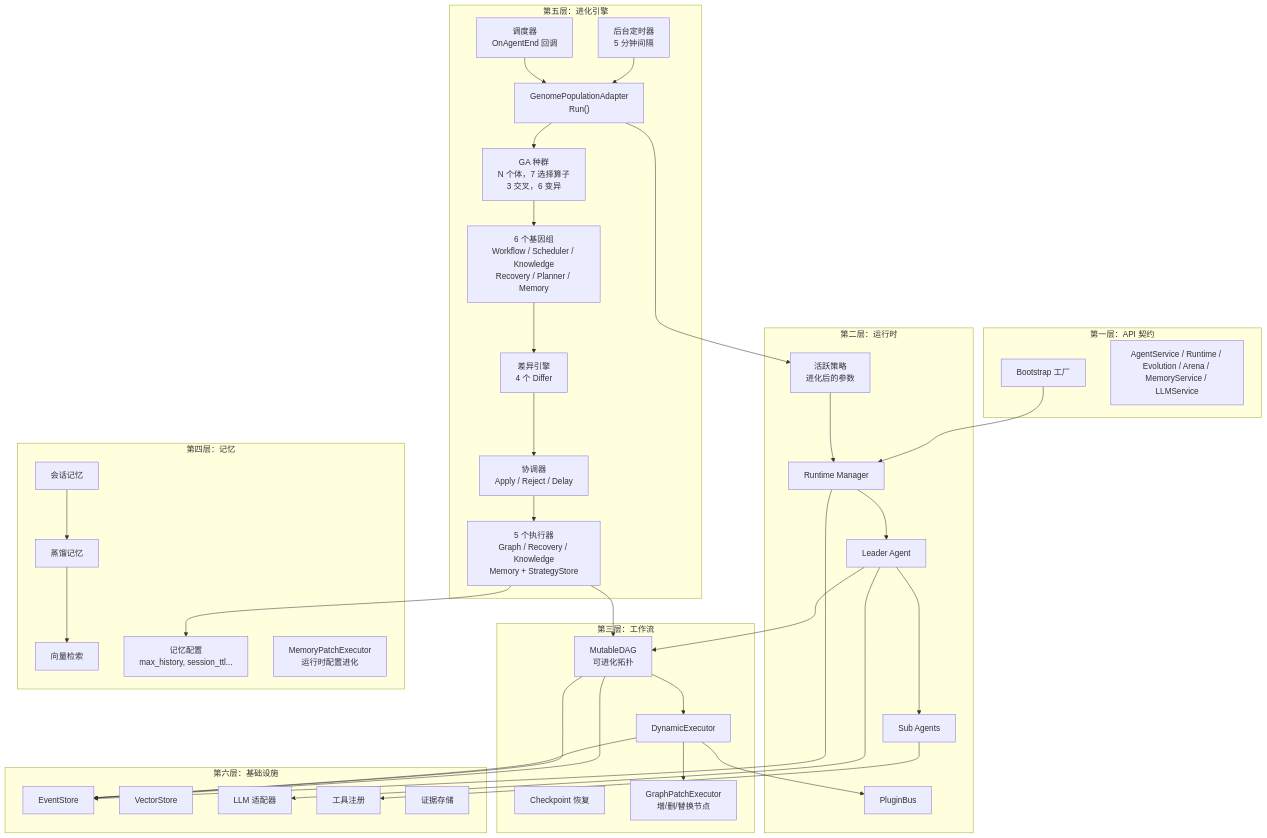
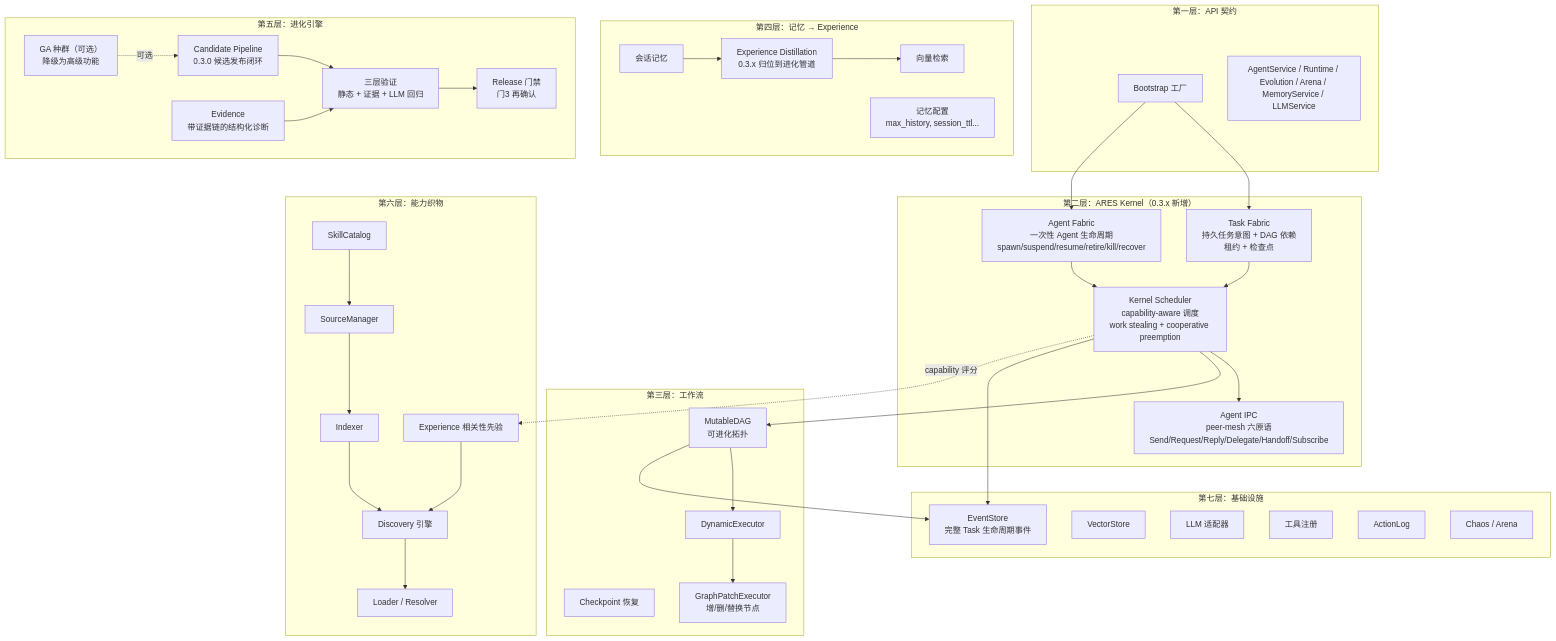
The diagram in docs/articles/zh/01-architecture-overview-deep-dive.md (Timwood0x10/ARES), drawn with Mermaid before and after one commit. The commit also changed other lines of this file and 75 other files, not shown here.

Commit message:
docs: update architecture docs for 0.3.x changes

````diff
--- a/docs/articles/zh/01-architecture-overview-deep-dive.md
+++ b/docs/articles/zh/01-architecture-overview-deep-dive.md
@@ -27,77 +27,79 @@
 ```mermaid
 graph TB
     subgraph API ["第一层：API 契约"]
         Bootstrap["Bootstrap 工厂"]
         Interfaces["AgentService / Runtime / Evolution / Arena / MemoryService / LLMService"]
     end
 
-    subgraph Runtime ["第二层：运行时"]
-        RT["Runtime Manager"]
-        Leader["Leader Agent"]
-        Sub["Sub Agents"]
-        PluginBus["PluginBus"]
-        Strategy["活跃策略<br/>进化后的参数"]
+    subgraph Kernel ["第二层：ARES Kernel（0.3.x 新增）"]
+        TaskFabric["Task Fabric<br/>持久任务意图 + DAG 依赖<br/>租约 + 检查点"]
+        AgentFabric["Agent Fabric<br/>一次性 Agent 生命周期<br/>spawn/suspend/resume/retire/kill/recover"]
+        Scheduler["Kernel Scheduler<br/>capability-aware 调度<br/>work stealing + cooperative preemption"]
+        IPC["Agent IPC<br/>peer-mesh 六原语<br/>Send/Request/Reply/Delegate/Handoff/Subscribe"]
     end
 
     subgraph Workflow ["第三层：工作流"]
         DAG["MutableDAG<br/>可进化拓扑"]
         Exec["DynamicExecutor"]
         Checkpoint["Checkpoint 恢复"]
         GraphPatch["GraphPatchExecutor<br/>增/删/替换节点"]
     end
 
-    subgraph Memory ["第四层：记忆"]
+    subgraph Memory ["第四层：记忆 → Experience"]
         Session["会话记忆"]
-        Distilled["蒸馏记忆"]
+        Distilled["Experience Distillation<br/>0.3.x 归位到进化管道"]
         Retrieval["向量检索"]
         MemConfig["记忆配置<br/>max_history, session_ttl..."]
-        MemPatch["MemoryPatchExecutor<br/>运行时配置进化"]
     end
 
     subgraph Evolution ["第五层：进化引擎"]
-        GA["GA 种群<br/>N 个体，7 选择算子<br/>3 交叉，6 变异"]
-        Tick["后台定时器<br/>5 分钟间隔"]
-        Sched["调度器<br/>OnAgentEnd 回调"]
-        Adapter["GenomePopulationAdapter<br/>Run()"]
-        Genomes["6 个基因组<br/>Workflow / Scheduler / Knowledge<br/>Recovery / Planner / Memory"]
-        Diff["差异引擎<br/>4 个 Differ"]
-        Coord["协调器<br/>Apply / Reject / Delay"]
-        Execs["5 个执行器<br/>Graph / Recovery / Knowledge<br/>Memory + StrategyStore"]
+        Candidate["Candidate Pipeline<br/>0.3.0 候选发布闭环"]
+        Verifier["三层验证<br/>静态 + 证据 + LLM 回归"]
+        Release["Release 门禁<br/>门3 再确认"]
+        GA["GA 种群（可选）<br/>降级为高级功能"]
+        Evidence["Evidence<br/>带证据链的结构化诊断"]
     end
 
-    subgraph Infra ["第六层：基础设施"]
-        Events["EventStore"]
+    subgraph Skills ["第六层：能力织物"]
+        Catalog["SkillCatalog"]
+        SourceMgr["SourceManager"]
+        Indexer["Indexer"]
+        Discovery["Discovery 引擎"]
+        Loader["Loader / Resolver"]
+        ExpPrior["Experience 相关性先验"]
+    end
+
+    subgraph Infra ["第七层：基础设施"]
+        Events["EventStore<br/>完整 Task 生命周期事件"]
         Storage["VectorStore"]
         LLM["LLM 适配器"]
         Tools["工具注册"]
-        Evidence["证据存储"]
+        ActionLog["ActionLog"]
+        Chaos["Chaos / Arena"]
     end
 
-    Bootstrap --> RT
-    RT --> Leader
-    Leader --> Sub
-    Leader --> DAG
+    Bootstrap --> TaskFabric
+    Bootstrap --> AgentFabric
+    TaskFabric --> Scheduler
+    AgentFabric --> Scheduler
+    Scheduler --> IPC
+    Scheduler --> DAG
     DAG --> Exec
-    Exec --> PluginBus
     Exec --> GraphPatch
     Session --> Distilled
     Distilled --> Retrieval
-    RT --> Events
+    Scheduler --> Events
     DAG --> Events
-    Leader --> LLM
-    Sub --> Tools
 
-    Tick --> Adapter
-    Sched --> Adapter
-    Adapter --> GA
-    GA --> Genomes
-    Genomes --> Diff
-    Diff --> Coord
-    Coord --> Execs
-    Execs --> DAG
-    Execs --> MemConfig
-    Adapter --> Strategy
-    Strategy --> RT
-    DAG --> Events
-    Exec --> Events
+    Candidate --> Verifier
+    Verifier --> Release
+    Evidence --> Verifier
+    GA -.->|可选| Candidate
+
+    Catalog --> SourceMgr
+    SourceMgr --> Indexer
+    Indexer --> Discovery
+    Discovery --> Loader
+    ExpPrior --> Discovery
+    Scheduler -.->|capability 评分| ExpPrior
 ```
````
